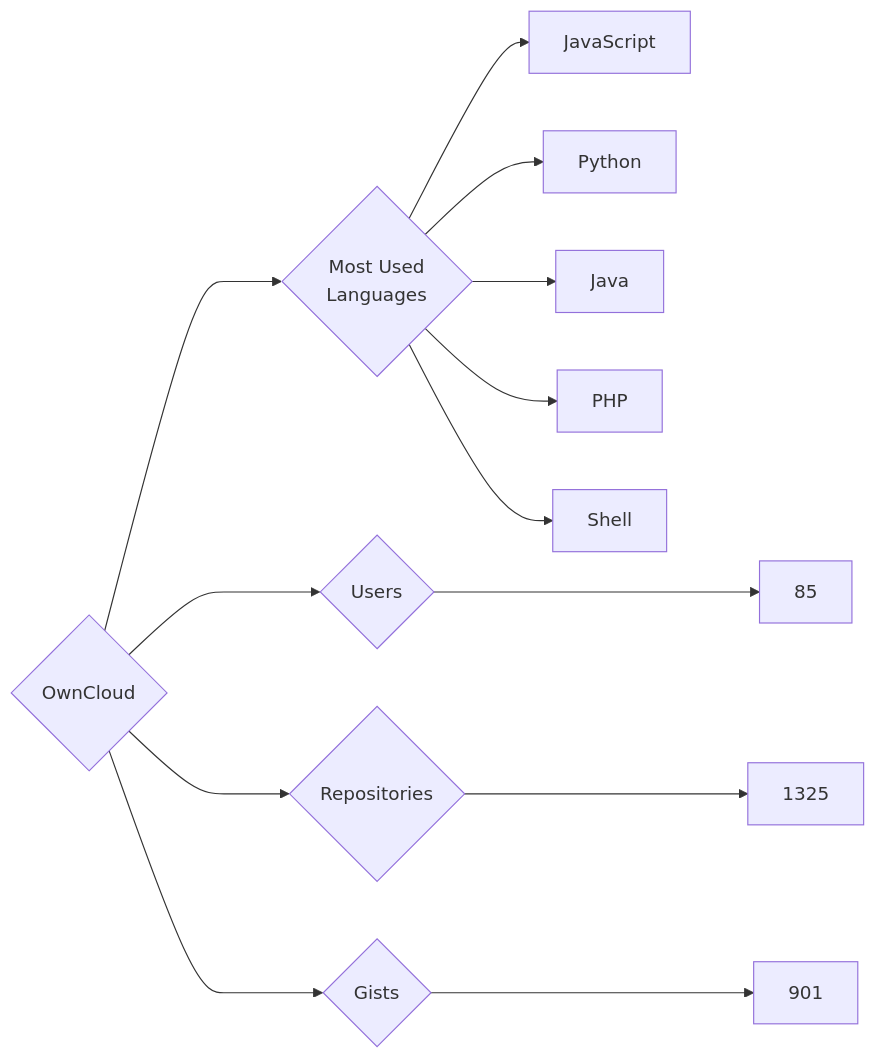
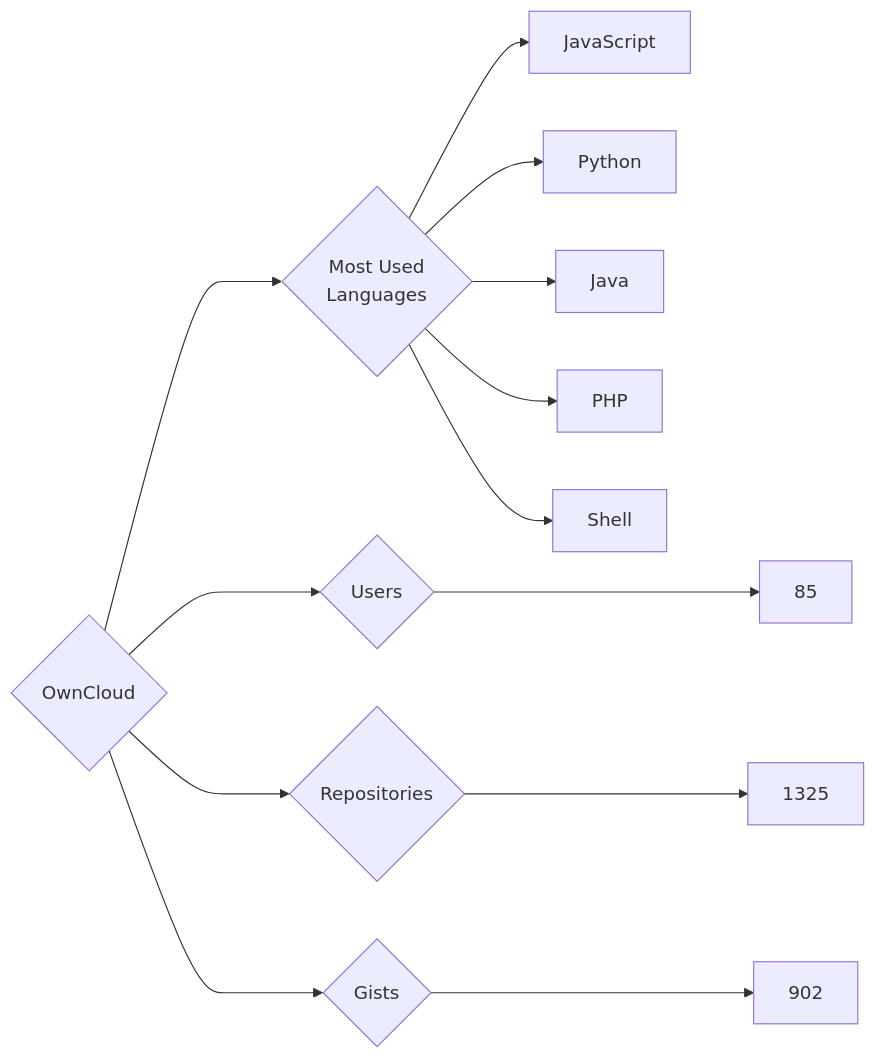
The diagram in targets/OwnCloud/README.md (trickest/insiders), drawn with Mermaid before and after one commit. The commit also changed 1011 other files, not shown here.

````diff
--- a/targets/OwnCloud/README.md
+++ b/targets/OwnCloud/README.md
@@ -3,13 +3,13 @@
 ```mermaid
 graph LR
 COMPANY_NAME{OwnCloud}
 COMPANY_NAME ---> U{Users} ---> UN[85]
 COMPANY_NAME ---> R{Repositories} ---> RN[1325]
-COMPANY_NAME ---> G{Gists} ---> GN[901]
+COMPANY_NAME ---> G{Gists} ---> GN[902]
 COMPANY_NAME ---> ML{Most Used<br>Languages}
 ML --> JavaScript[JavaScript]
 ML --> Python[Python]
 ML --> Java[Java]
 ML --> PHP[PHP]
 ML --> Shell[Shell]
 ```
````
